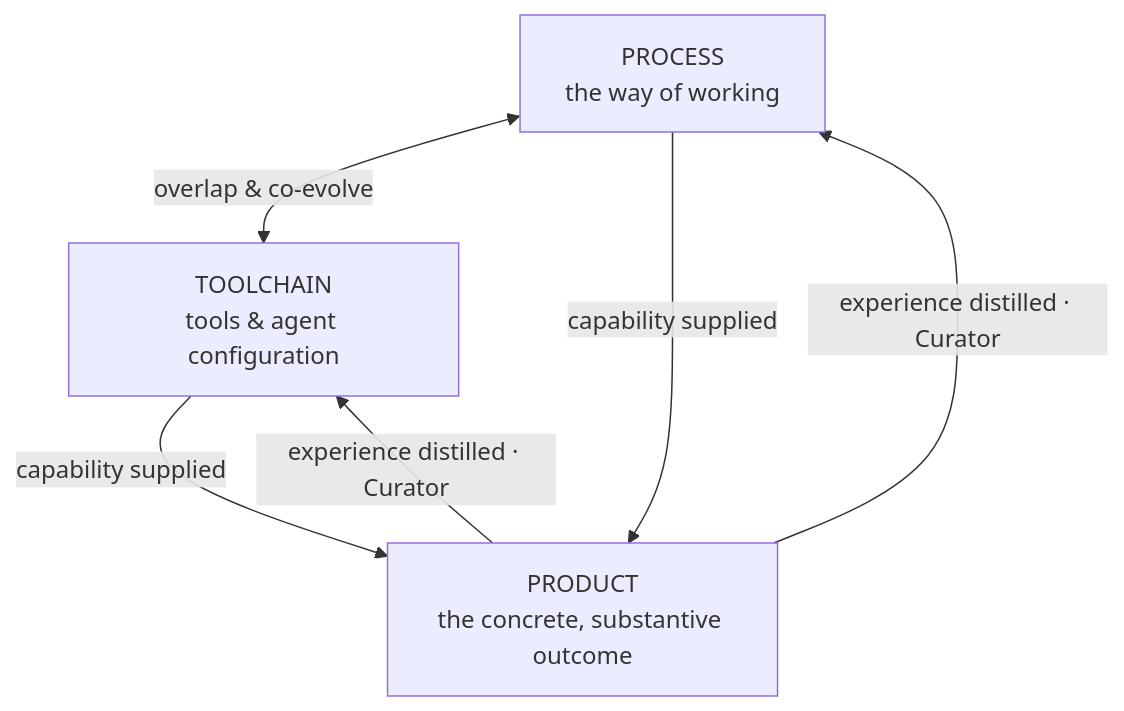
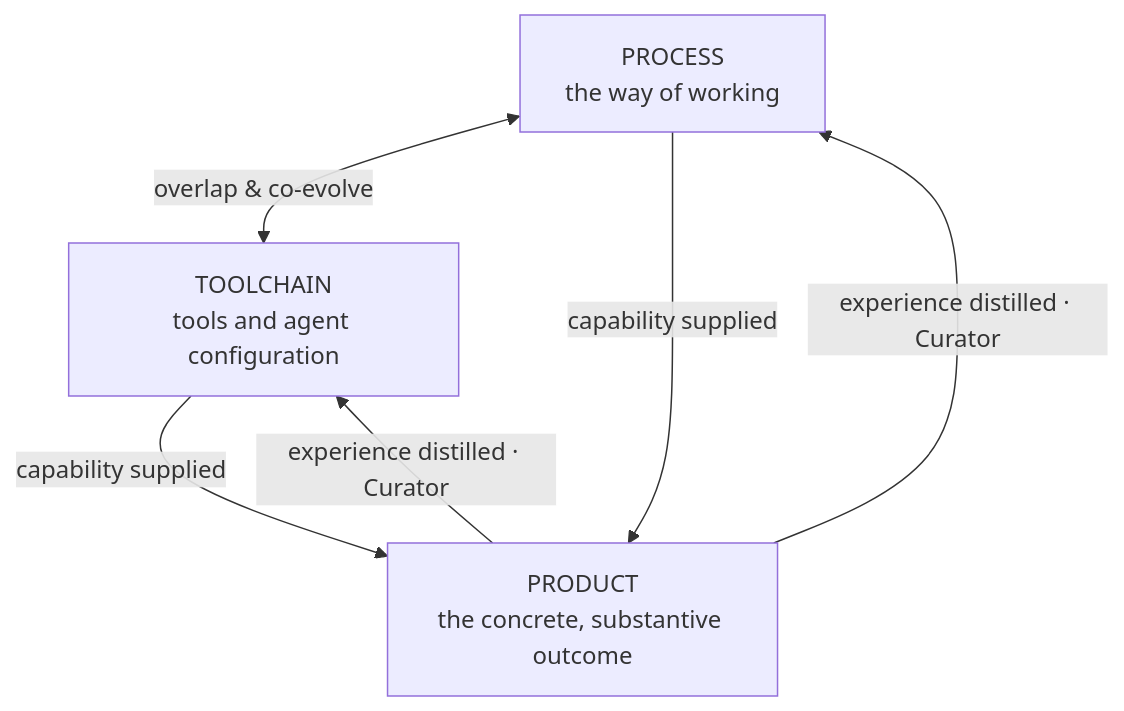
Before and after one commit to cyberuni/cyberplace: the sixth of 6 diagrams in docs/ideas/actor-delegate-model.md, drawn with Mermaid.

Commit message:
docs(ideas): fix ampersand in recursion diagram for Mermaid rendering
The recursion-overlap diagram had a literal "&" in a node label
("tools & agent configuration"), the one character most likely to trip
Mermaid's parser. Replaced with "and". Other five diagrams verified clean.

````diff
--- a/docs/ideas/actor-delegate-model.md
+++ b/docs/ideas/actor-delegate-model.md
@@ -333,11 +333,11 @@
 ```mermaid
 flowchart TB
     PROC["PROCESS<br/>the way of working"]
-    TOOL["TOOLCHAIN<br/>tools & agent configuration"]
+    TOOL["TOOLCHAIN<br/>tools and agent configuration"]
     PROD["PRODUCT<br/>the concrete, substantive outcome"]
     PROC <-->|"overlap & co-evolve"| TOOL
     PROD -->|"experience distilled · Curator"| PROC
     PROD -->|"experience distilled · Curator"| TOOL
     PROC -->|"capability supplied"| PROD
     TOOL -->|"capability supplied"| PROD
 ```
````
